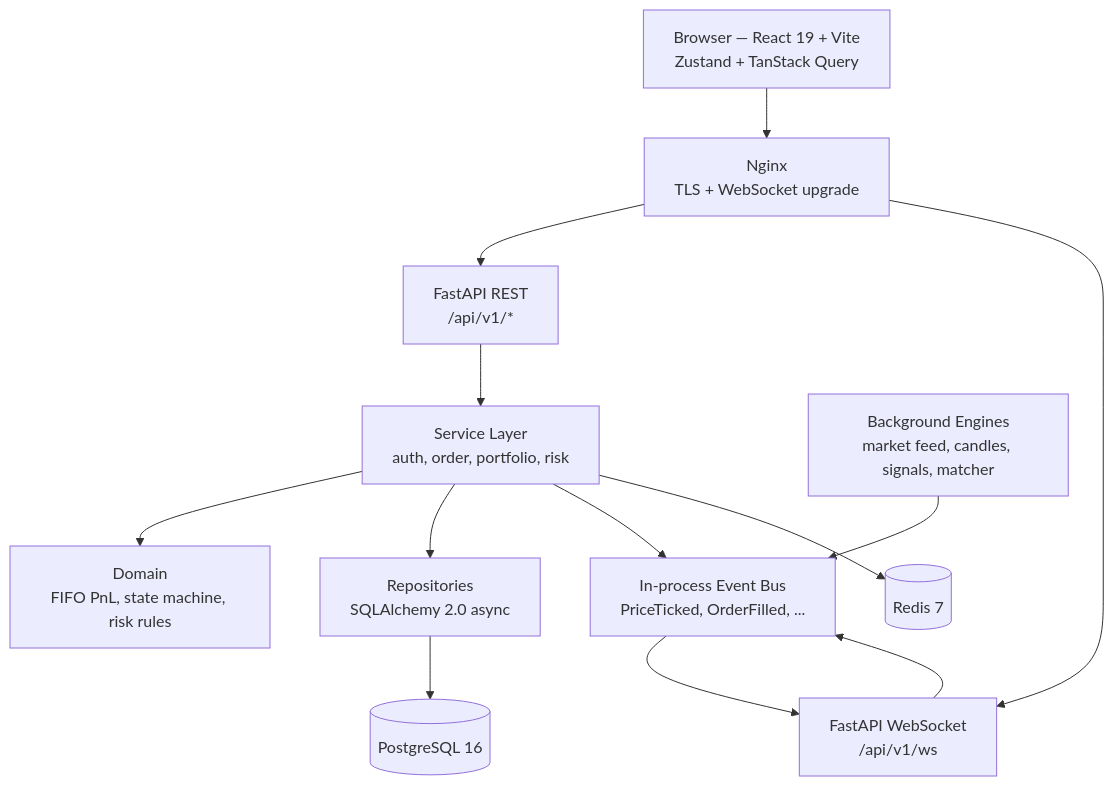
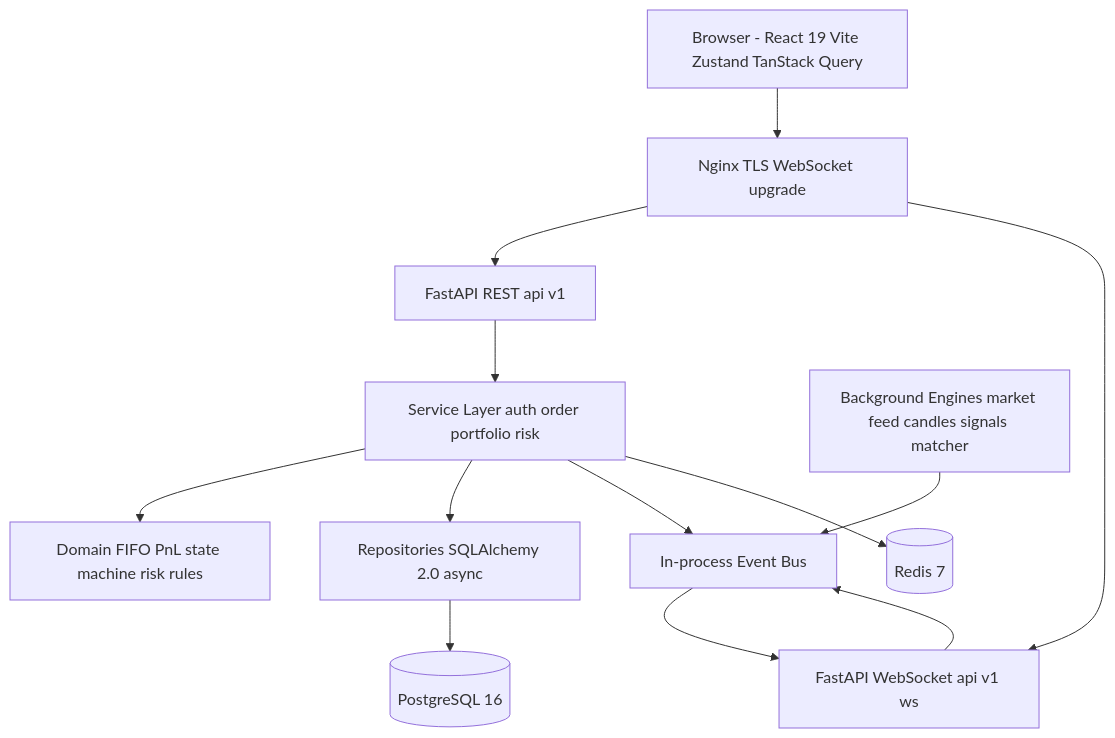
One commit to Akshatx-io/Algorithmic-Trading-Simulator changed the diagram in README.md. Above: the diagram before and after it, drawn with Mermaid. The commit also changed other lines of this file, not shown here.

Commit message:
fix(readme): SVG architecture diagram + simplified mermaid

````diff
--- a/README.md
+++ b/README.md
@@ -96,27 +93,27 @@
 ```mermaid
 flowchart TB
-    Browser["Browser — React 19 + Vite<br/>Zustand + TanStack Query"]
-    Nginx["Nginx<br/>TLS + WebSocket upgrade"]
-    REST["FastAPI REST<br/>/api/v1/*"]
-    WS["FastAPI WebSocket<br/>/api/v1/ws"]
-    Services["Service Layer<br/>auth, order, portfolio, risk"]
-    Domain["Domain<br/>FIFO PnL, state machine, risk rules"]
-    Repos["Repositories<br/>SQLAlchemy 2.0 async"]
-    Bus["In-process Event Bus<br/>PriceTicked, OrderFilled, ..."]
-    Engines["Background Engines<br/>market feed, candles, signals, matcher"]
-    Postgres[("PostgreSQL 16")]
-    Redis[("Redis 7")]
+    Browser[Browser - React 19 Vite Zustand TanStack Query]
+    Nginx[Nginx TLS WebSocket upgrade]
+    REST[FastAPI REST api v1]
+    WS[FastAPI WebSocket api v1 ws]
+    Services[Service Layer auth order portfolio risk]
+    Domain[Domain FIFO PnL state machine risk rules]
+    Repos[Repositories SQLAlchemy 2.0 async]
+    Bus[In-process Event Bus]
+    Engines[Background Engines market feed candles signals matcher]
+    Postgres[(PostgreSQL 16)]
+    Redis[(Redis 7)]
 
     Browser --> Nginx
     Nginx --> REST
     Nginx --> WS
     REST --> Services
     WS --> Bus
     Services --> Domain
     Services --> Repos
     Services --> Bus
     Repos --> Postgres
     Services --> Redis
     Engines --> Bus
     Bus --> WS
 ```
````
